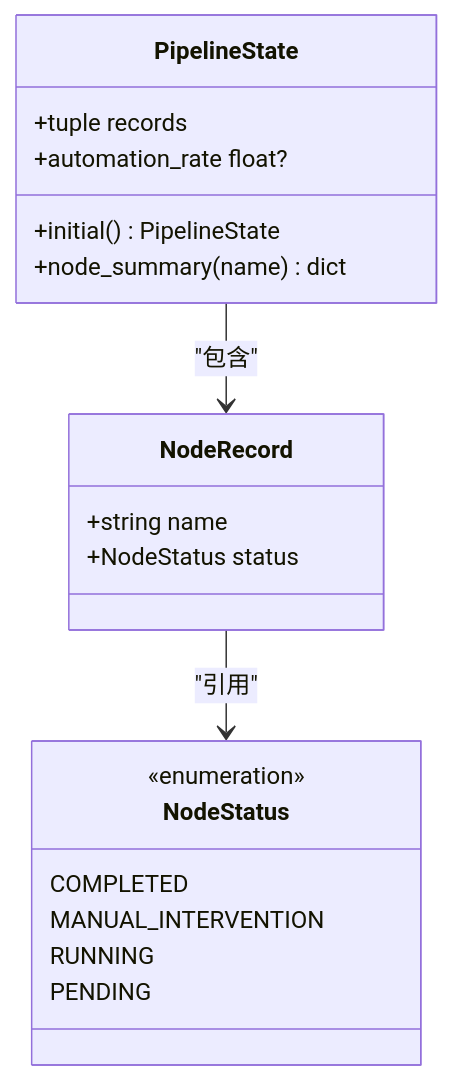
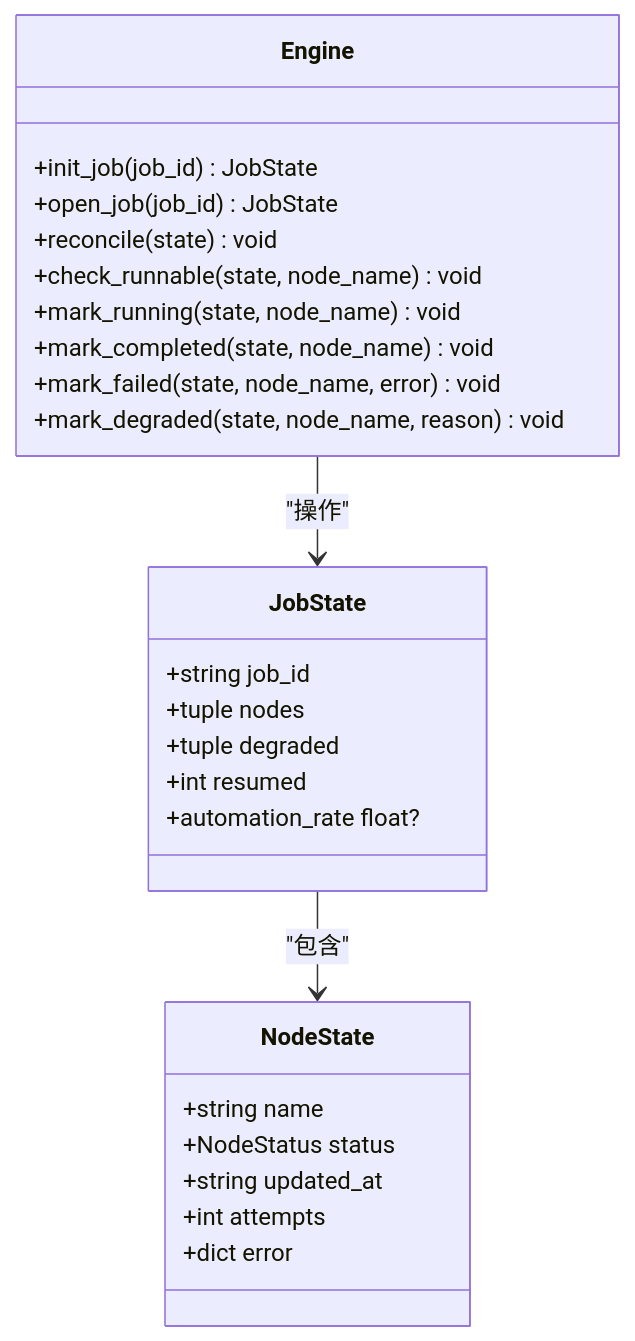
Before and after one commit to Joeyzheng001/LLM-AutoTest: the fourth of 5 diagrams in .qoder/repowiki/zh/content/核心服务/编排器服务.md, drawn with Mermaid. The commit also changed other lines of this file and 41 other files, not shown here.

````diff
--- a/.qoder/repowiki/zh/content/核心服务/编排器服务.md
+++ b/.qoder/repowiki/zh/content/核心服务/编排器服务.md
@@ -155,22 +225,29 @@
 ```mermaid
 classDiagram
-class NodeStatus {
-<<enumeration>>
-COMPLETED
-MANUAL_INTERVENTION
-RUNNING
-PENDING
+class JobState {
++string job_id
++tuple nodes
++tuple degraded
++int resumed
++automation_rate float?
 }
-class NodeRecord {
+class NodeState {
 +string name
 +NodeStatus status
++string updated_at
++int attempts
++dict error
 }
-class PipelineState {
-+tuple records
-+initial() PipelineState
-+node_summary(name) dict
-+automation_rate float?
+class Engine {
++init_job(job_id) JobState
++open_job(job_id) JobState
++reconcile(state) void
++check_runnable(state, node_name) void
++mark_running(state, node_name) void
++mark_completed(state, node_name) void
++mark_failed(state, node_name, error) void
++mark_degraded(state, node_name, reason) void
 }
-PipelineState --> NodeRecord : "包含"
-NodeRecord --> NodeStatus : "引用"
+JobState --> NodeState : "包含"
+Engine --> JobState : "操作"
 ```
````
